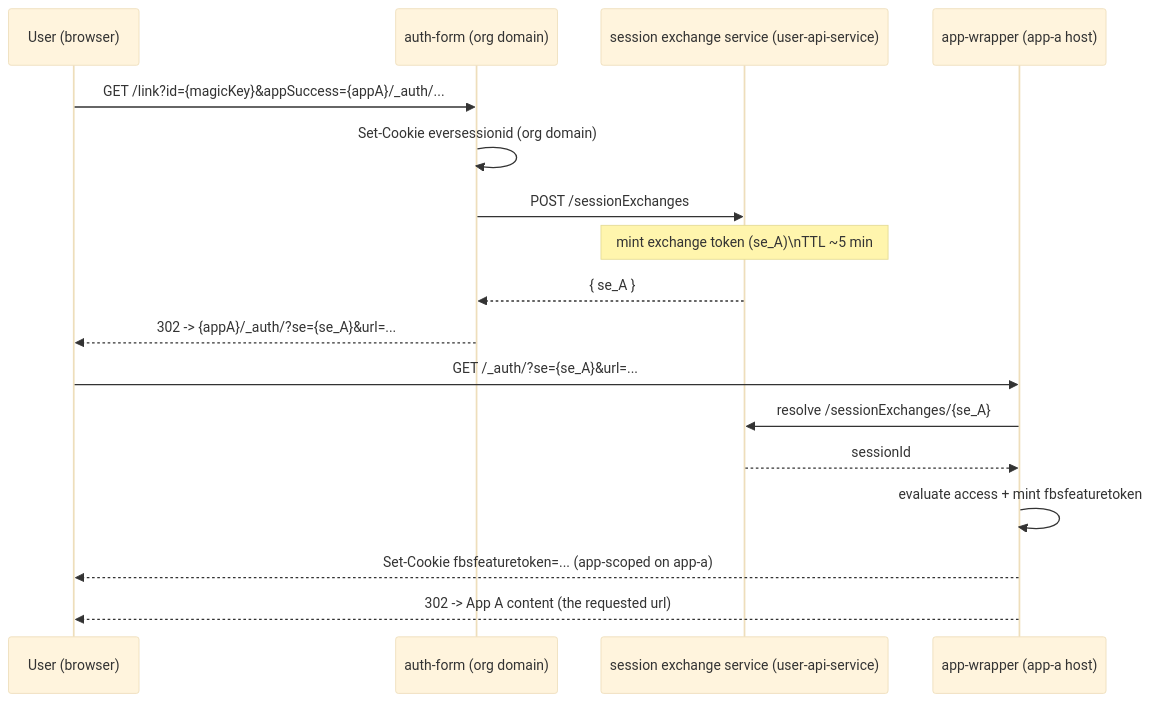
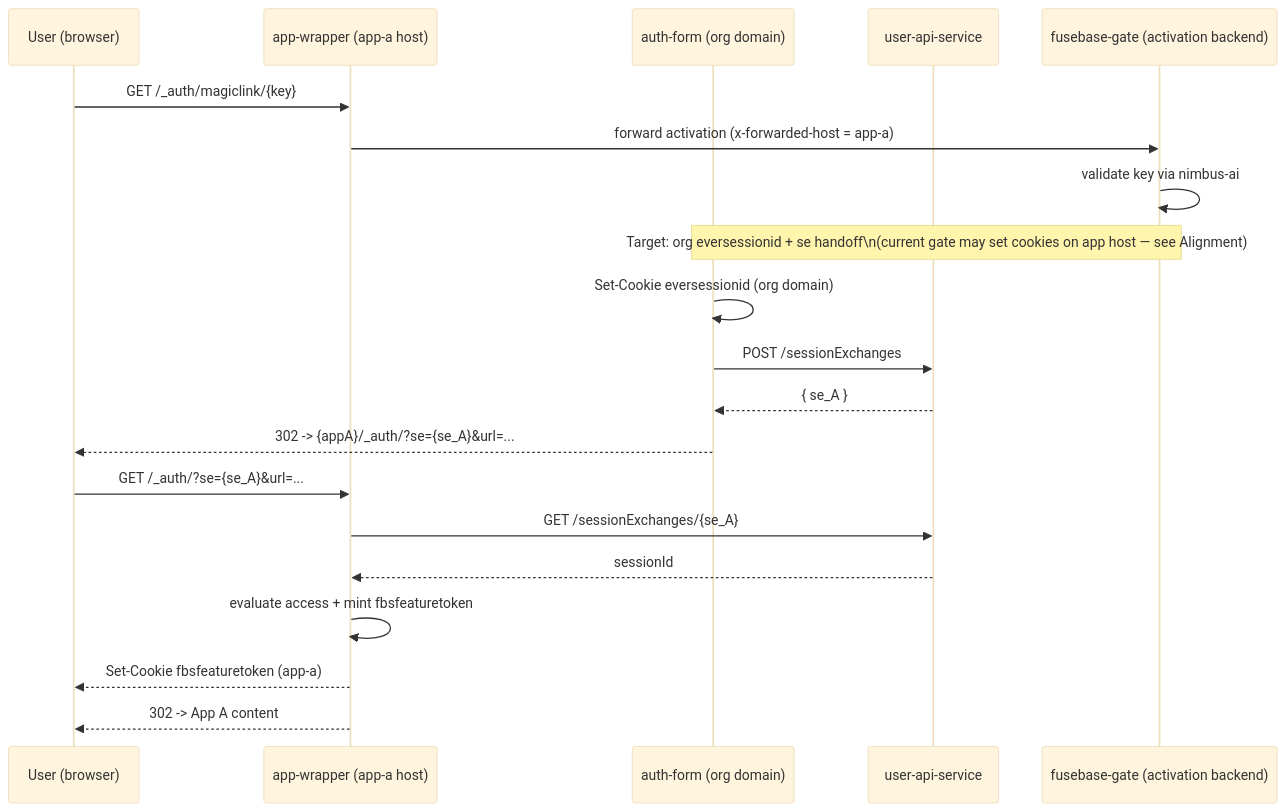
The first of 3 diagrams in docs/proposals/APP-AUTH-FORM-SESSION-EXCHANGES.md (fusebase-dev/fusebase-cli), drawn with Mermaid (base theme) before and after one commit. The commit also changed other lines of this file, not shown here.

First line of the commit message:
feat(docs): expand app authorization proposal with detailed flow and URL contracts

````diff
--- a/docs/proposals/APP-AUTH-FORM-SESSION-EXCHANGES.md
+++ b/docs/proposals/APP-AUTH-FORM-SESSION-EXCHANGES.md
@@ -42,21 +83,24 @@
 ```mermaid
 sequenceDiagram
   participant U as User (browser)
+  participant AppWrapA as app-wrapper (app-a host)
   participant Auth as auth-form (org domain)
-  participant X as session exchange service (user-api-service)
-  participant AppWrapA as app-wrapper (app-a host)
+  participant X as user-api-service
+  participant Gate as fusebase-gate (activation backend)
 
-  U->>Auth: GET /link?id={magicKey}&appSuccess={appA}/_auth/...
+  U->>AppWrapA: GET /_auth/magiclink/{key}
+  AppWrapA->>Gate: forward activation (x-forwarded-host = app-a)
+  Gate->>Gate: validate key via nimbus-ai
+  Note over Gate,Auth: Target: org eversessionid + se handoff\n(current gate may set cookies on app host — see Alignment)
   Auth->>Auth: Set-Cookie eversessionid (org domain)
   Auth->>X: POST /sessionExchanges
-  Note over X: mint exchange token (se_A)\nTTL ~5 min
   X-->>Auth: { se_A }
   Auth-->>U: 302 -> {appA}/_auth/?se={se_A}&url=...
 
   U->>AppWrapA: GET /_auth/?se={se_A}&url=...
-  AppWrapA->>X: resolve /sessionExchanges/{se_A}
+  AppWrapA->>X: GET /sessionExchanges/{se_A}
   X-->>AppWrapA: sessionId
   AppWrapA->>AppWrapA: evaluate access + mint fbsfeaturetoken
-  AppWrapA-->>U: Set-Cookie fbsfeaturetoken=... (app-scoped on app-a)
-  AppWrapA-->>U: 302 -> App A content (the requested url)
+  AppWrapA-->>U: Set-Cookie fbsfeaturetoken (app-a)
+  AppWrapA-->>U: 302 -> App A content
 ```
````
